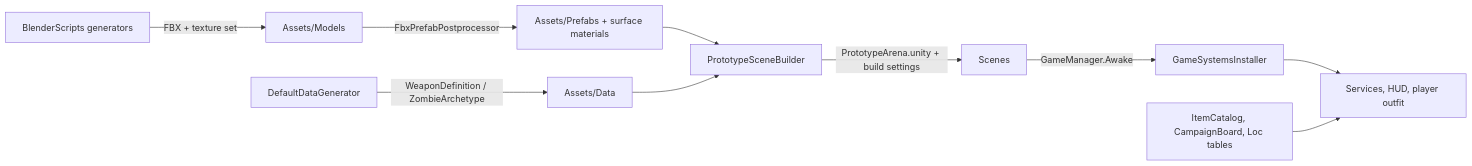
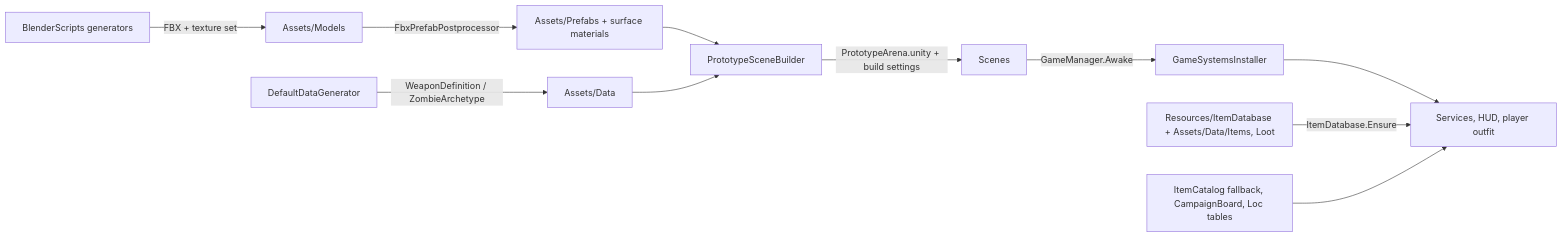
The first of 2 diagrams in docs/ARCHITECTURE.md (covisualize/OutpostZero), drawn with Mermaid before and after one commit. The commit also changed other lines of this file and 154 other files, not shown here.

Commit message:
feat(PRO-50): ItemDefinition/AmmoDefinition/LootTable assets, ItemDatabase.Get, prefab drops, pack icons and artifact tests

````diff
--- a/docs/ARCHITECTURE.md
+++ b/docs/ARCHITECTURE.md
@@ -43,12 +43,13 @@
 ```mermaid
 flowchart LR
     Blender[BlenderScripts generators] -->|FBX + texture set| Models[Assets/Models]
     Models -->|FbxPrefabPostprocessor| Prefabs[Assets/Prefabs + surface materials]
     Defaults[DefaultDataGenerator] -->|WeaponDefinition / ZombieArchetype| Data[Assets/Data]
     Prefabs --> Builder[PrototypeSceneBuilder]
     Data --> Builder
     Builder -->|PrototypeArena.unity + build settings| Scene[Scenes]
     Scene -->|GameManager.Awake| Installer[GameSystemsInstaller]
     Installer --> Runtime[Services, HUD, player outfit]
-    Code[ItemCatalog, CampaignBoard, Loc tables] --> Runtime
+    Items[Resources/ItemDatabase + Assets/Data/Items, Loot] -->|ItemDatabase.Ensure| Runtime
+    Code[ItemCatalog fallback, CampaignBoard, Loc tables] --> Runtime
 ```
````
